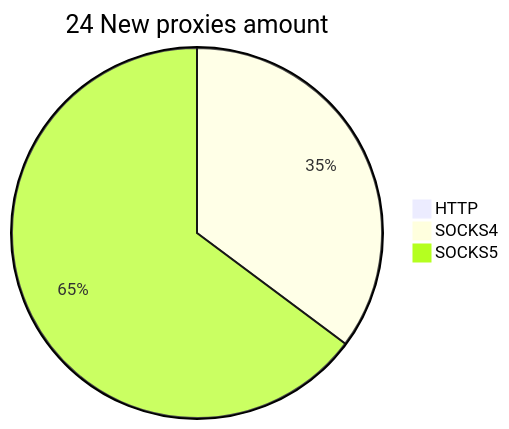
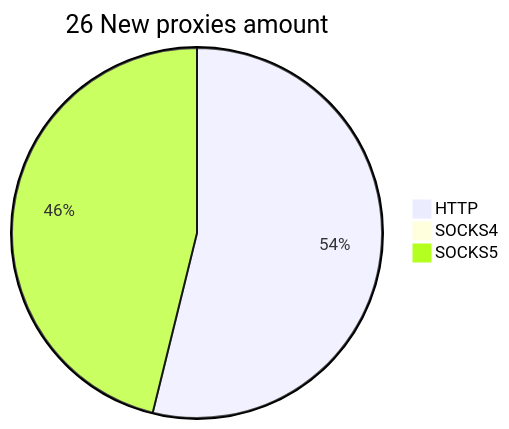
One commit to cutipu/proxylist changed the second of 2 diagrams in README.md. Above: the diagram before and after it, drawn with Mermaid. The commit also changed other lines of this file, not shown here.

````diff
--- a/README.md
+++ b/README.md
@@ -10,6 +10,6 @@
 ```mermaid
-pie title 24 New proxies amount
-    "HTTP" : 0
-    "SOCKS4" : 25
-    "SOCKS5" : 46
+pie title 26 New proxies amount
+    "HTTP" : 42
+    "SOCKS4" : 0
+    "SOCKS5" : 36
 ```
````
